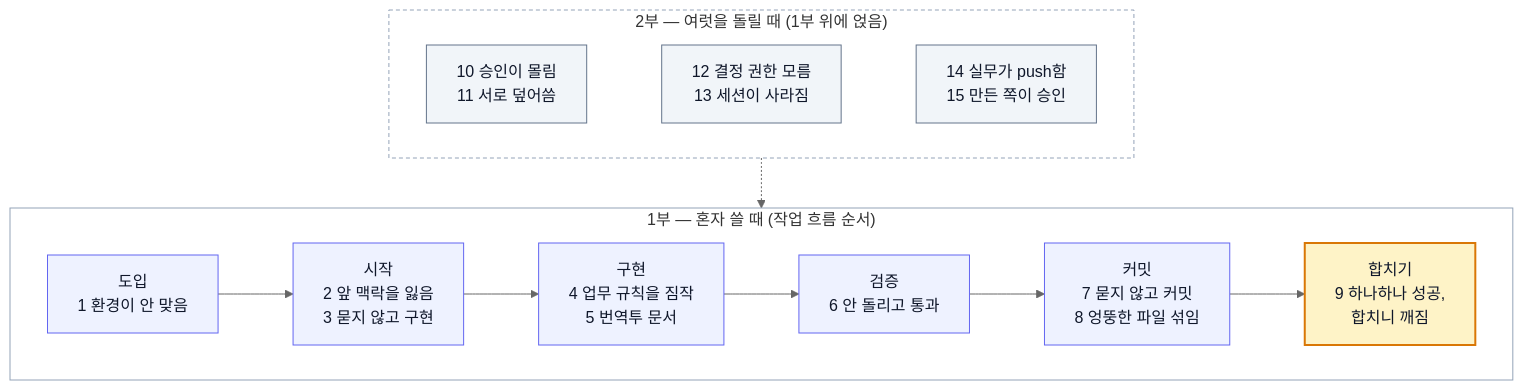
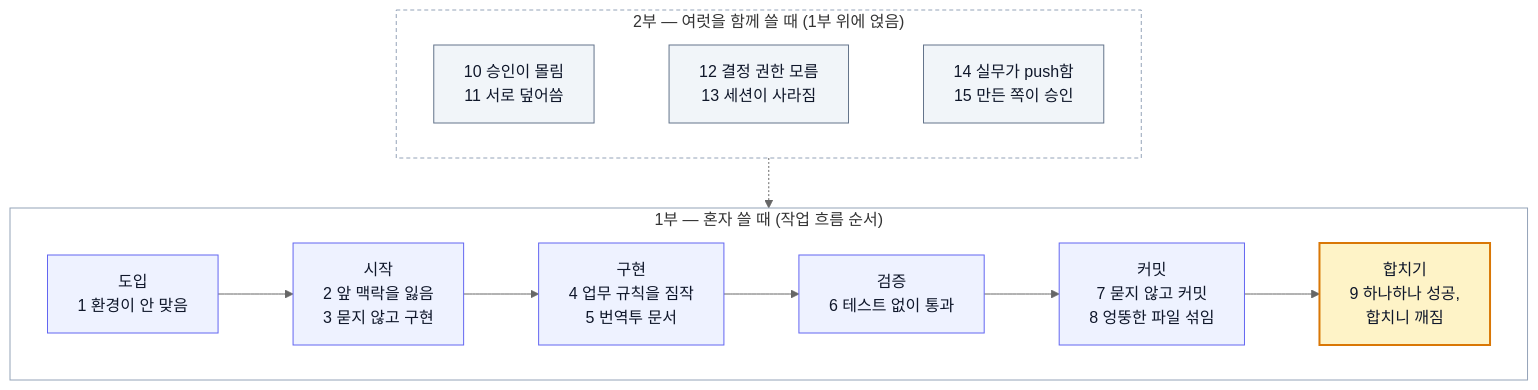
Before and after one commit to neisii/harness-naroo: the diagram in docs/guide/00-상황지도.md, drawn with Mermaid (neutral theme). The commit also changed other lines of this file and 3 other files, not shown here.

````diff
--- a/docs/guide/00-상황지도.md
+++ b/docs/guide/00-상황지도.md
@@ -17,32 +17,32 @@
 ```mermaid
 flowchart TB
-  subgraph P2["2부 — 여럿을 돌릴 때 (1부 위에 얹음)"]
+  subgraph P2["2부 — 여럿을 함께 쓸 때 (1부 위에 얹음)"]
     direction LR
     M1["10 승인이 몰림<br/>11 서로 덮어씀"]
     M2["12 결정 권한 모름<br/>13 세션이 사라짐"]
     M3["14 실무가 push함<br/>15 만든 쪽이 승인"]
     M1 ~~~ M2 ~~~ M3
   end
 
   subgraph P1["1부 — 혼자 쓸 때 (작업 흐름 순서)"]
     direction LR
     S0["도입<br/>1 환경이 안 맞음"]
     S1["시작<br/>2 앞 맥락을 잃음<br/>3 묻지 않고 구현"]
     S2["구현<br/>4 업무 규칙을 짐작<br/>5 번역투 문서"]
-    S3["검증<br/>6 안 돌리고 통과"]
+    S3["검증<br/>6 테스트 없이 통과"]
     S4["커밋<br/>7 묻지 않고 커밋<br/>8 엉뚱한 파일 섞임"]
     S5["합치기<br/>9 하나하나 성공,<br/>합치니 깨짐"]
     S0 --> S1 --> S2 --> S3 --> S4 --> S5
   end
 
   P2 -.-> P1
 
   classDef stage fill:#eef2ff,stroke:#6366f1,color:#0f172a
   classDef multi fill:#f1f5f9,stroke:#64748b,color:#0f172a
   classDef hook fill:#fef3c7,stroke:#d97706,stroke-width:2px,color:#0f172a
   class S0,S1,S2,S3,S4 stage
   class M1,M2,M3 multi
   class S5 hook
   style P1 fill:#ffffff,stroke:#94a3b8
   style P2 fill:#ffffff,stroke:#94a3b8,stroke-dasharray:4 3
 ```
````
